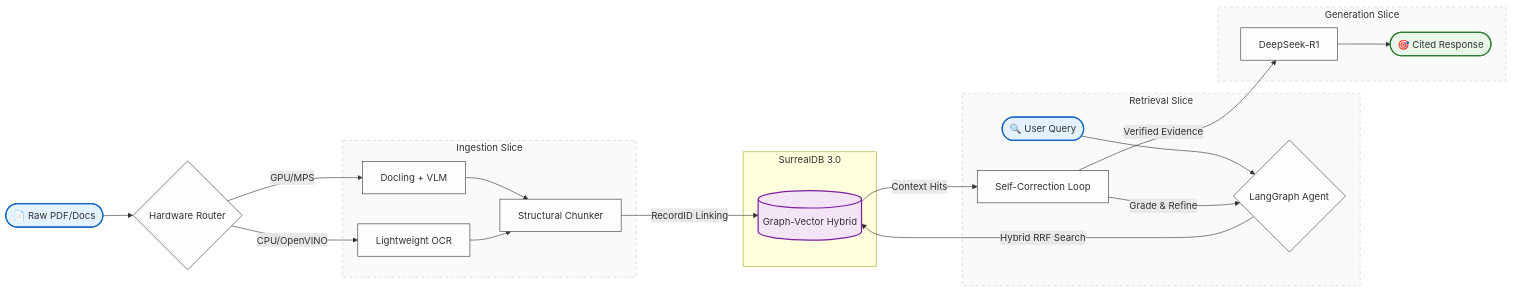
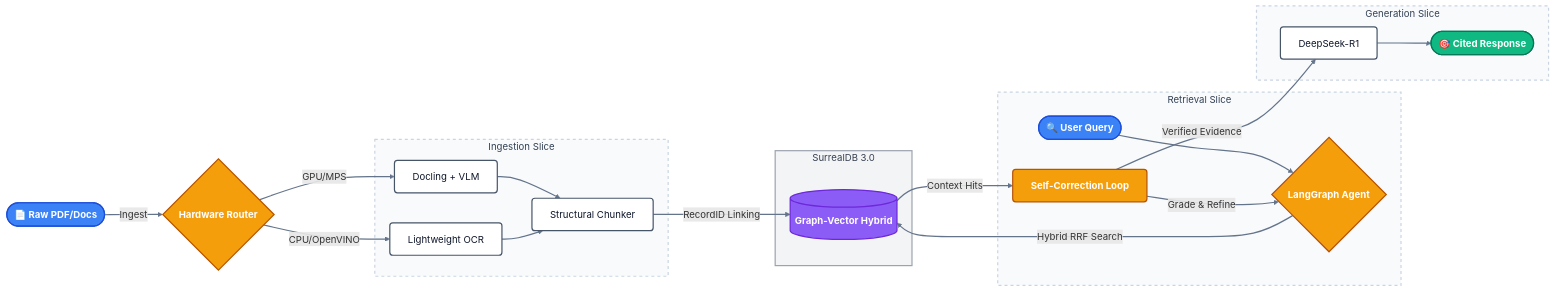
Before and after one commit to foersben/CodaCite: the diagram in README.md, drawn with Mermaid.

Commit message:
Revise pipeline flow and styling in README
Updated styling and class definitions for better contrast and modern appearance.

````diff
--- a/README.md
+++ b/README.md
@@ -32,55 +32,60 @@
 ```mermaid
 graph LR
     %% Nodes
     Input([📄 Raw PDF/Docs])
     Router{Hardware Router}
 
     subgraph Ingestion [Ingestion Slice]
         VLM[Docling + VLM]
         OCR[Lightweight OCR]
         Chunker[Structural Chunker]
     end
 
     subgraph Storage [SurrealDB 3.0]
         Graph[(Graph-Vector Hybrid)]
     end
 
     subgraph Retrieval [Retrieval Slice]
         Query([🔍 User Query])
         Agent{LangGraph Agent}
         Loop[Self-Correction Loop]
     end
 
     subgraph Generation [Generation Slice]
         LLM[DeepSeek-R1]
         Output([🎯 Cited Response])
     end
 
     %% Pipeline Flow
-    Input --> Router
+    Input -->|Ingest| Router
     Router -->|GPU/MPS| VLM
     Router -->|CPU/OpenVINO| OCR
     VLM & OCR --> Chunker
     Chunker -->|RecordID Linking| Graph
 
     Query --> Agent
     Agent -->|Hybrid RRF Search| Graph
     Graph -->|Context Hits| Loop
     Loop -->|Grade & Refine| Agent
     Loop -->|Verified Evidence| LLM
     LLM --> Output
 
-    %% Professional Styling
-    classDef default fill:#fdfdfd,stroke:#333,stroke-width:1px;
-    classDef highlight fill:#e3f2fd,stroke:#1565c0,stroke-width:2px;
-    classDef storage fill:#f3e5f5,stroke:#7b1fa2,stroke-width:2px;
-    classDef success fill:#e8f5e9,stroke:#2e7d32,stroke-width:2px;
+    %% Professional Styling - High Contrast & Modern
+    classDef default fill:#ffffff,stroke:#475569,stroke-width:2px,color:#0f172a,rx:5px,ry:5px;
+    classDef io fill:#3b82f6,stroke:#1d4ed8,stroke-width:2px,color:#ffffff,font-weight:bold;
+    classDef db fill:#8b5cf6,stroke:#6d28d9,stroke-width:2px,color:#ffffff,font-weight:bold;
+    classDef final fill:#10b981,stroke:#047857,stroke-width:2px,color:#ffffff,font-weight:bold;
+    classDef logic fill:#f59e0b,stroke:#b45309,stroke-width:2px,color:#ffffff,font-weight:bold;
 
-    class Input,Query highlight;
-    class Graph storage;
-    class Output success;
+    class Input,Query io;
+    class Graph db;
+    class Output final;
+    class Router,Agent,Loop logic;
 
-    style Ingestion fill:#fafafa,stroke:#ccc,stroke-dasharray: 5 5
-    style Retrieval fill:#fafafa,stroke:#ccc,stroke-dasharray: 5 5
-    style Generation fill:#fafafa,stroke:#ccc,stroke-dasharray: 5 5
+    style Ingestion fill:#f8fafc,stroke:#cbd5e1,stroke-width:2px,stroke-dasharray: 5 5,color:#334155
+    style Retrieval fill:#f8fafc,stroke:#cbd5e1,stroke-width:2px,stroke-dasharray: 5 5,color:#334155
+    style Storage fill:#f3f4f6,stroke:#9ca3af,stroke-width:2px,color:#374151
+    style Generation fill:#f8fafc,stroke:#cbd5e1,stroke-width:2px,stroke-dasharray: 5 5,color:#334155
+
+    linkStyle default stroke:#64748b,stroke-width:2px;
 ```
````
